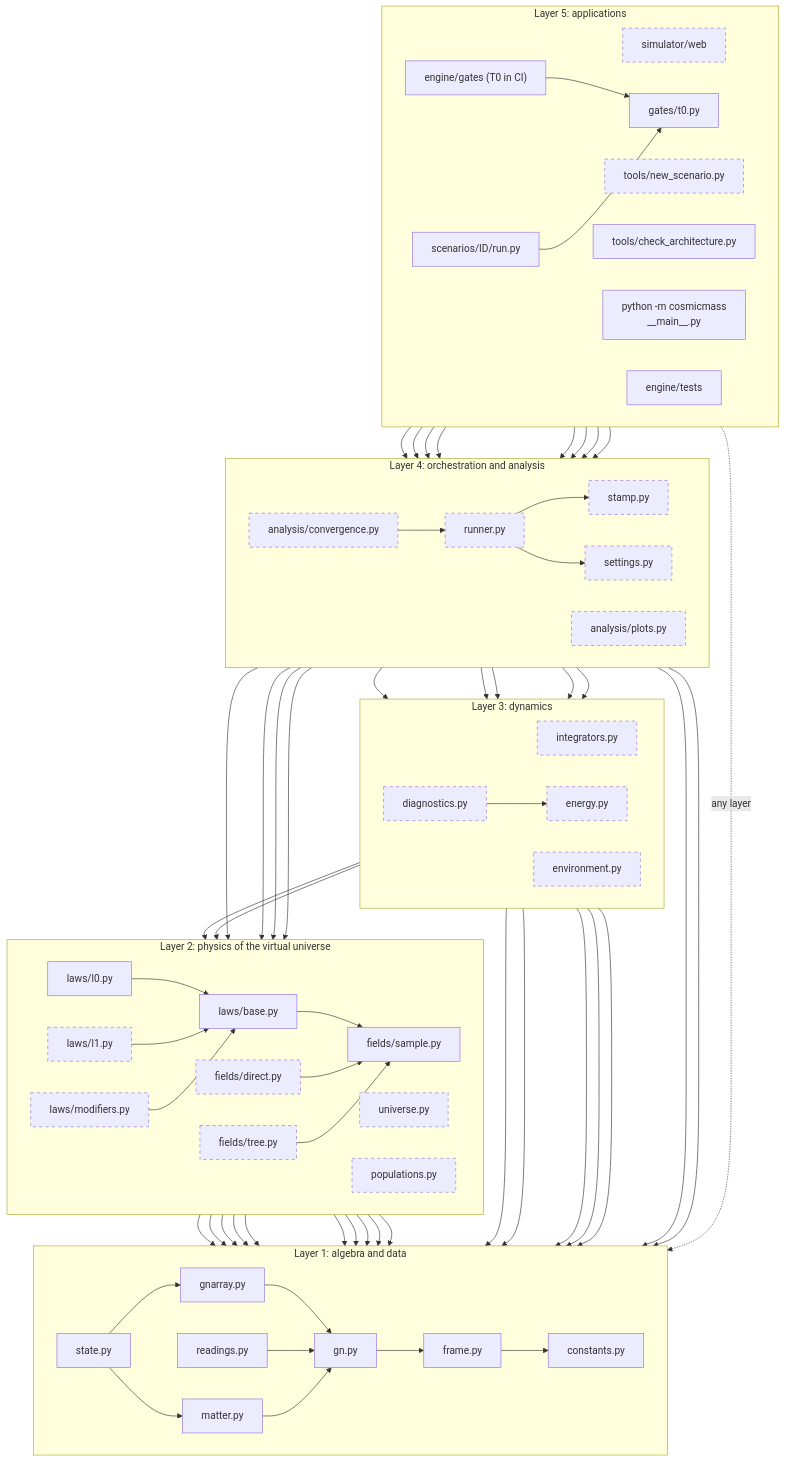
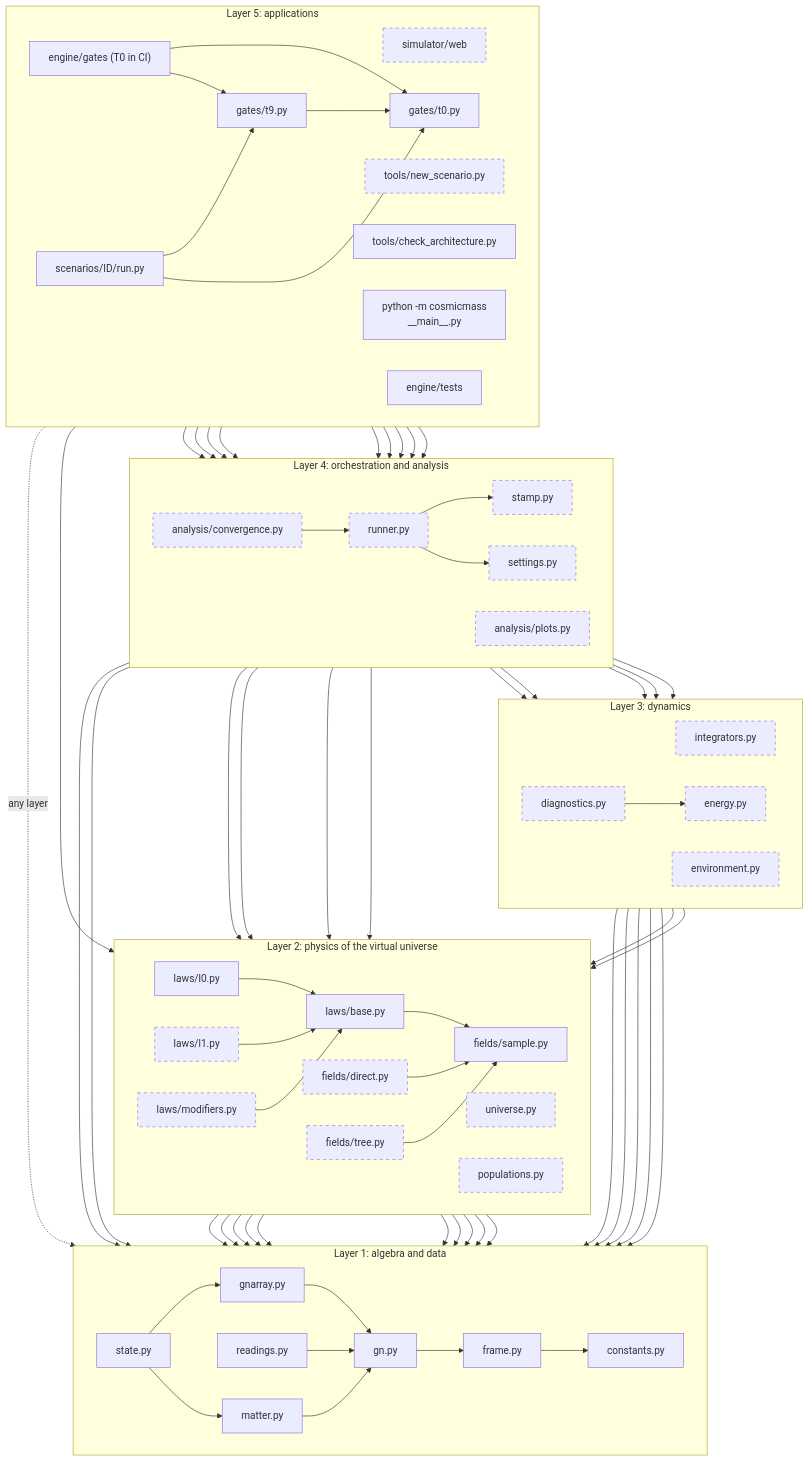
The second of 8 diagrams in ARCHITECTURE.md (MostafaDerraz/cosmic-mass-lab), drawn with Mermaid before and after one commit. The commit also changed other lines of this file and 8 other files, not shown here.

```diff
--- a/ARCHITECTURE.md
+++ b/ARCHITECTURE.md
@@ -133,6 +136,7 @@
         cli["python -m cosmicmass<br/>__main__.py"]
         scen["scenarios/ID/run.py"]
         gate["gates/t0.py"]
+        limits["gates/t9.py"]
         tests["engine/tests"]
         gatetests["engine/gates (T0 in CI)"]
     end
@@ -182,6 +186,11 @@
     cli --> runner
     scen --> settings
     gatetests --> gate
+    gatetests --> limits
+    scen --> limits
+    limits --> settings
+    limits --> fields
+    limits --> gate
     scen --> gate
     gate --> runner
     gate --> settings
```
